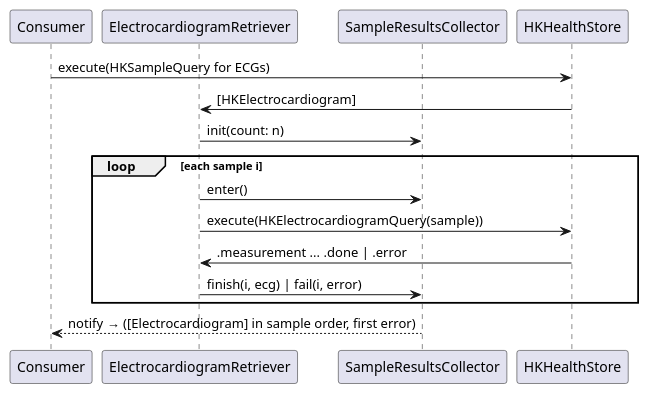
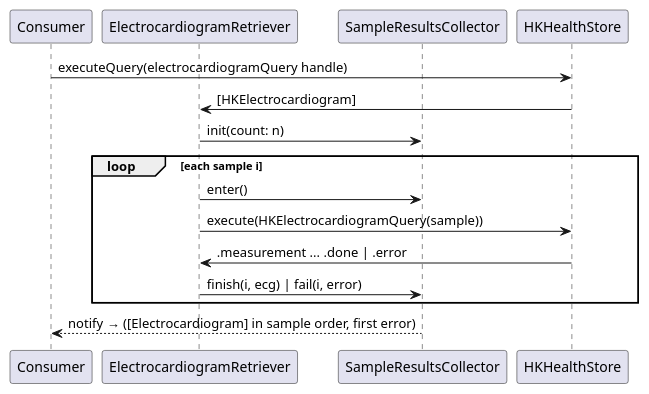
Before and after one commit to kvs-coder/HealthKitReporter: the fourth of 4 diagrams in docs/arc42/06-runtime-view.md, drawn with PlantUML. The commit also changed other lines of this file and 10 other files, not shown here.

````diff
--- a/docs/arc42/06-runtime-view.md
+++ b/docs/arc42/06-runtime-view.md
@@ -87,18 +88,18 @@
 ```plantuml
 @startuml
 participant Consumer
 participant ElectrocardiogramRetriever as E
 participant SampleResultsCollector as C
 participant HKHealthStore as S
-Consumer -> S : execute(HKSampleQuery for ECGs)
+Consumer -> S : executeQuery(electrocardiogramQuery handle)
 S -> E : [HKElectrocardiogram]
 E -> C : init(count: n)
 loop each sample i
   E -> C : enter()
   E -> S : execute(HKElectrocardiogramQuery(sample))
   S -> E : .measurement ... .done | .error
   E -> C : finish(i, ecg) | fail(i, error)
 end
 C --> Consumer : notify → ([Electrocardiogram] in sample order, first error)
 @enduml
 ```
````
